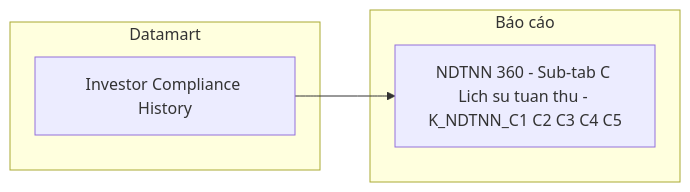
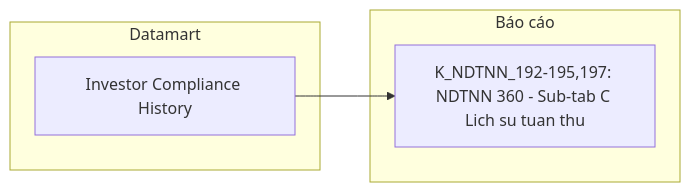
Diagram 22 of 27 in Datamart/hld/DTM_NDTNN_HLD.md (linhlvit/ubck_atomic_design), drawn with Mermaid before and after one commit. The commit also changed other lines of this file and 19 other files, not shown here.

````diff
--- a/Datamart/hld/DTM_NDTNN_HLD.md
+++ b/Datamart/hld/DTM_NDTNN_HLD.md
@@ -999,10 +1043,10 @@
 ```mermaid
 flowchart LR
     subgraph Datamart["Datamart"]
         G1["Investor Compliance History"]
     end
     subgraph RPT["Báo cáo"]
-        R1["NDTNN 360 - Sub-tab C Lich su tuan thu - K_NDTNN_C1 C2 C3 C4 C5"]
+        R1["K_NDTNN_192-195,197: NDTNN 360 - Sub-tab C Lich su tuan thu"]
     end
     G1 --> R1
 ```
````
